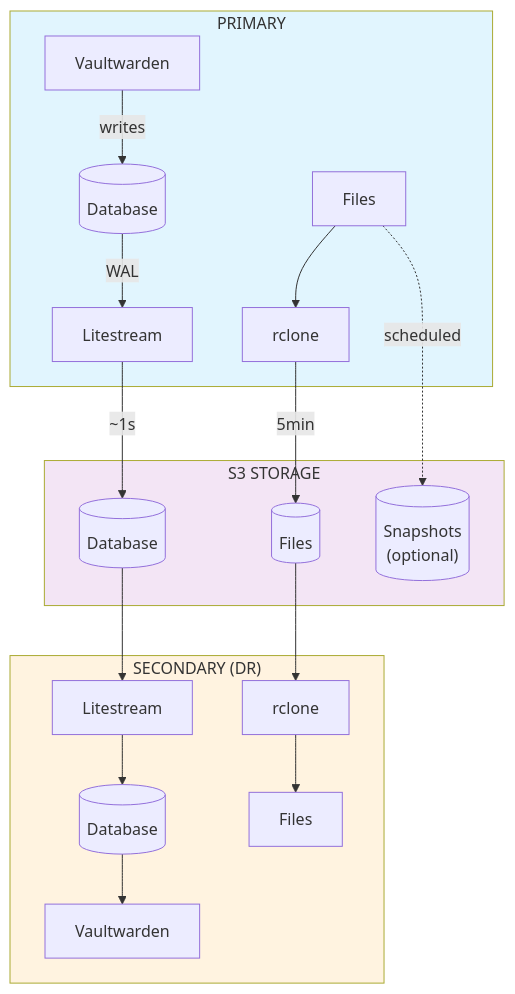
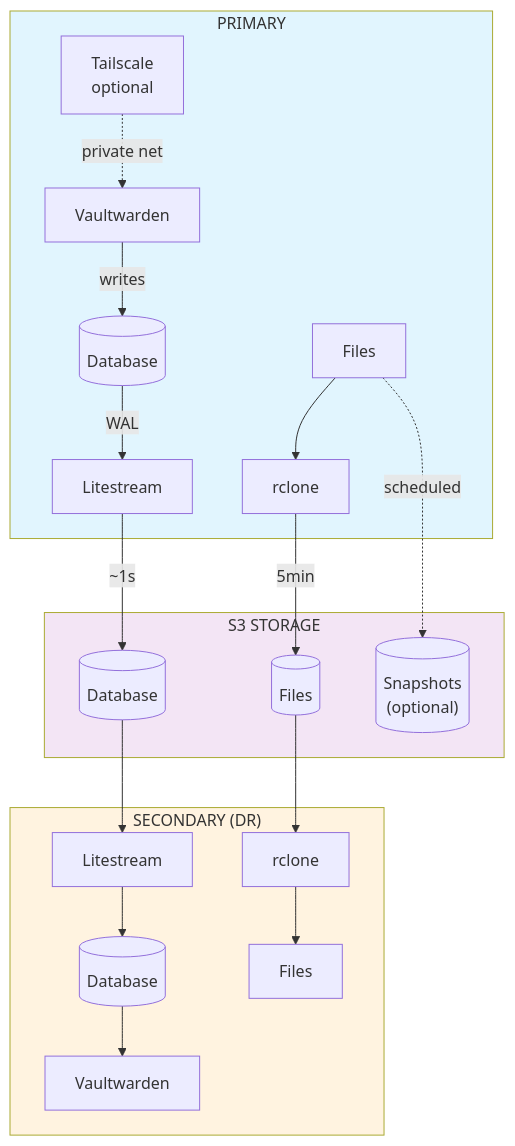
Before and after one commit to garyellow/vaultwarden-stream: the diagram in README.md, drawn with Mermaid. The commit also changed other lines of this file and 12 other files, not shown here.

````diff
--- a/README.md
+++ b/README.md
@@ -94,43 +135,45 @@
 ```mermaid
 graph TB
     subgraph PRIMARY["PRIMARY"]
         VW1[Vaultwarden]
         DB1[(Database)]
         LS1[Litestream]
         FILES1[Files]
         RC1[rclone]
+        TS1[Tailscale<br/>optional]
 
         VW1 -->|writes| DB1
         DB1 -->|WAL| LS1
         FILES1 --> RC1
+        TS1 -.->|private net| VW1
     end
 
     subgraph S3["S3 STORAGE"]
         S3DB[(Database)]
         S3FILES[(Files)]
         S3BACKUP[("Snapshots<br/>(optional)")]
     end
 
     subgraph SECONDARY["SECONDARY (DR)"]
         LS2[Litestream]
         DB2[(Database)]
         VW2[Vaultwarden]
         RC2[rclone]
         FILES2[Files]
 
         LS2 --> DB2
         DB2 --> VW2
         RC2 --> FILES2
     end
 
     LS1 -->|~1s| S3DB
     RC1 -->|5min| S3FILES
     FILES1 -.->|scheduled| S3BACKUP
 
     S3DB --> LS2
     S3FILES --> RC2
 
     style PRIMARY fill:#e1f5fe
     style SECONDARY fill:#fff3e0
     style S3 fill:#f3e5f5
 ```
````
